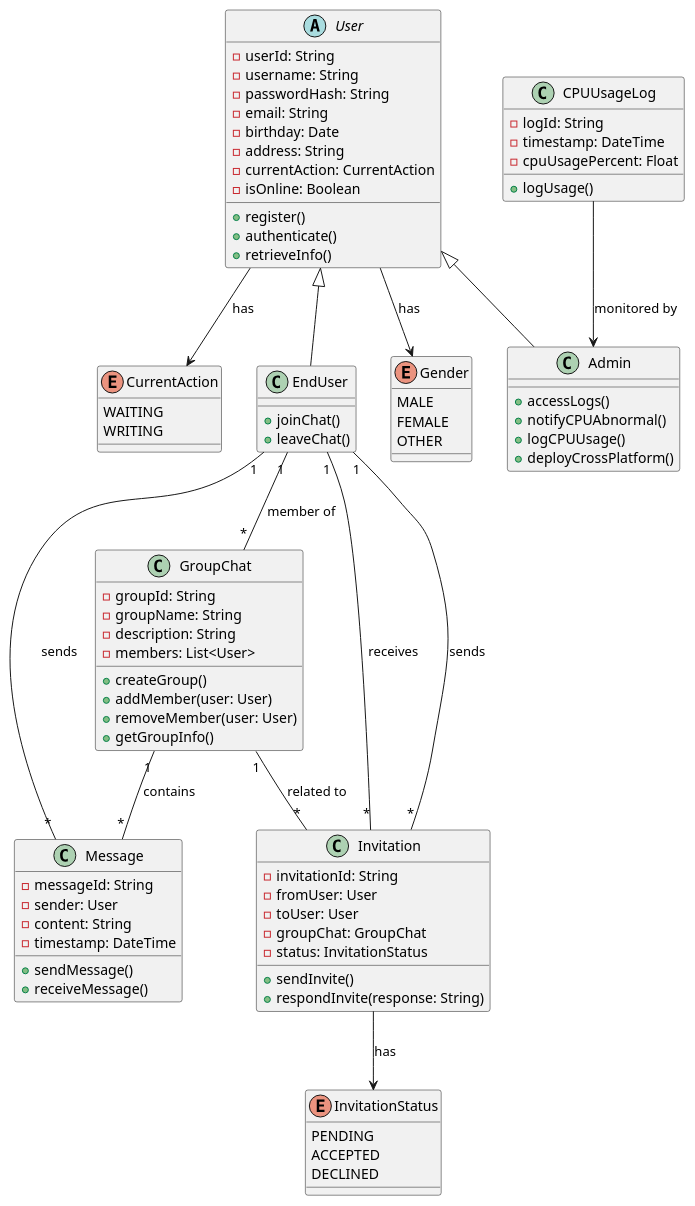
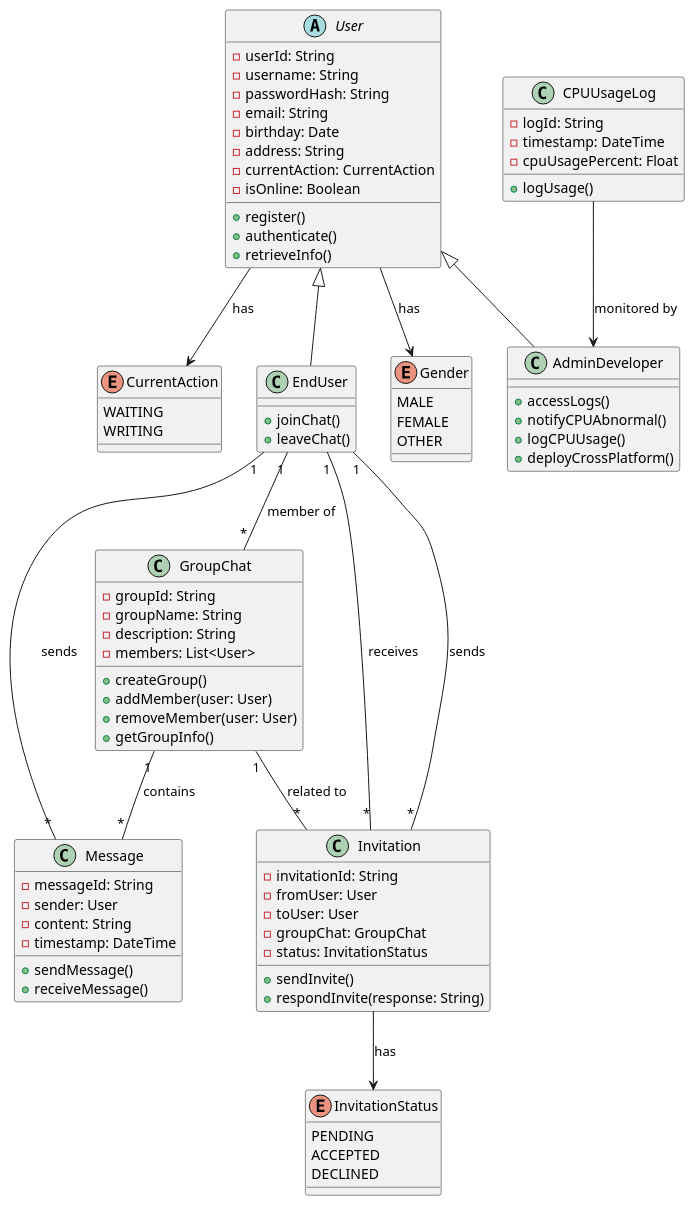
Before and after one commit to Enric0-Balb0/ruggine-chat: the third of 5 diagrams in doc/requirements.md, drawn with PlantUML. The commit also changed 5 other files, not shown here.

```diff
--- a/doc/requirements.md
+++ b/doc/requirements.md
@@ -595,7 +595,7 @@
   + leaveChat()
 }
 
-class Admin {
+class AdminDeveloper {
   + accessLogs()
   + notifyCPUAbnormal()
   + logCPUUsage()
@@ -640,7 +640,7 @@
 }
 
 User <|-- EndUser
-User <|-- Admin
+User <|-- AdminDeveloper
 
 EndUser "1" -- "*" GroupChat : "member of"
 GroupChat "1" -- "*" Message : "contains"
@@ -649,7 +649,7 @@
 EndUser "1" -- "*" Invitation : "receives"
 GroupChat "1" -- "*" Invitation : "related to"
 Invitation --> InvitationStatus : "has"
-CPUUsageLog --> Admin : "monitored by"
+CPUUsageLog --> AdminDeveloper : "monitored by"
 User --> Gender : "has"
 User --> CurrentAction : "has"
 
```
